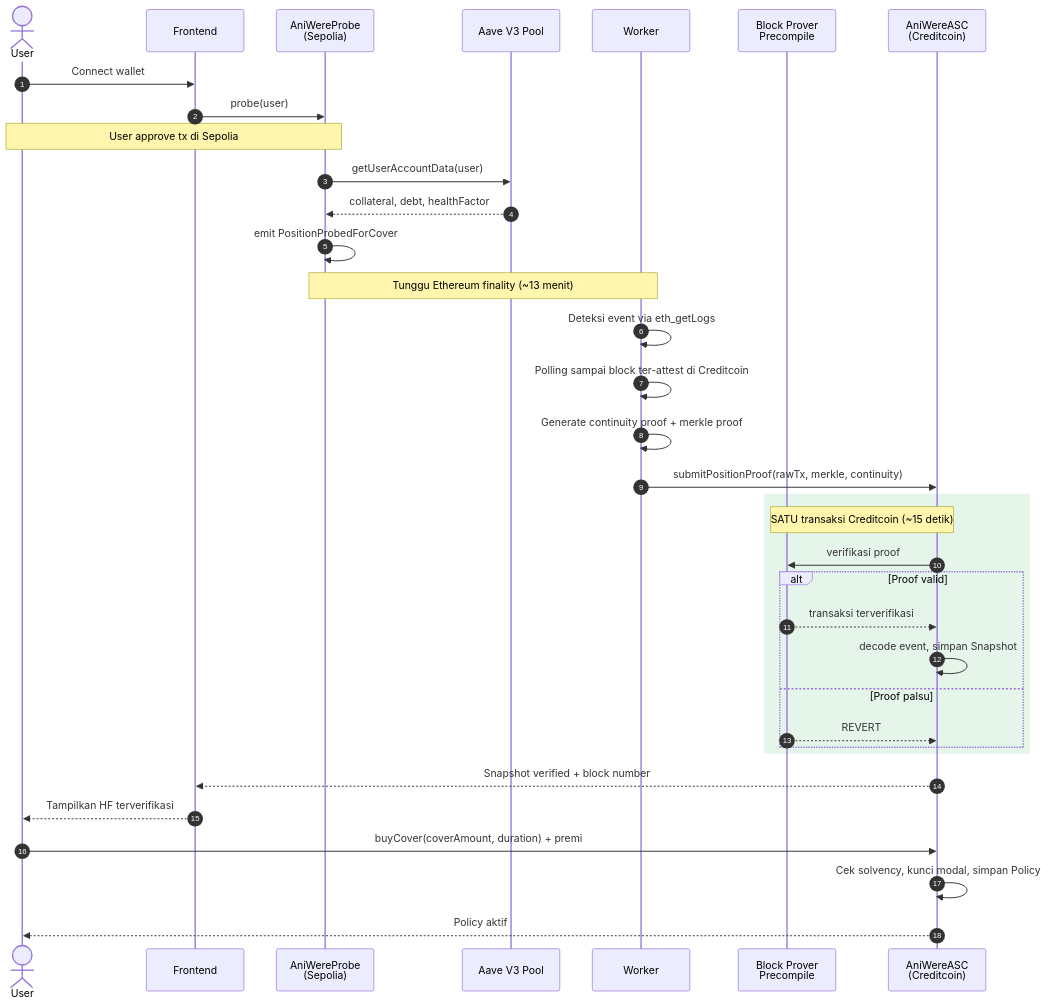
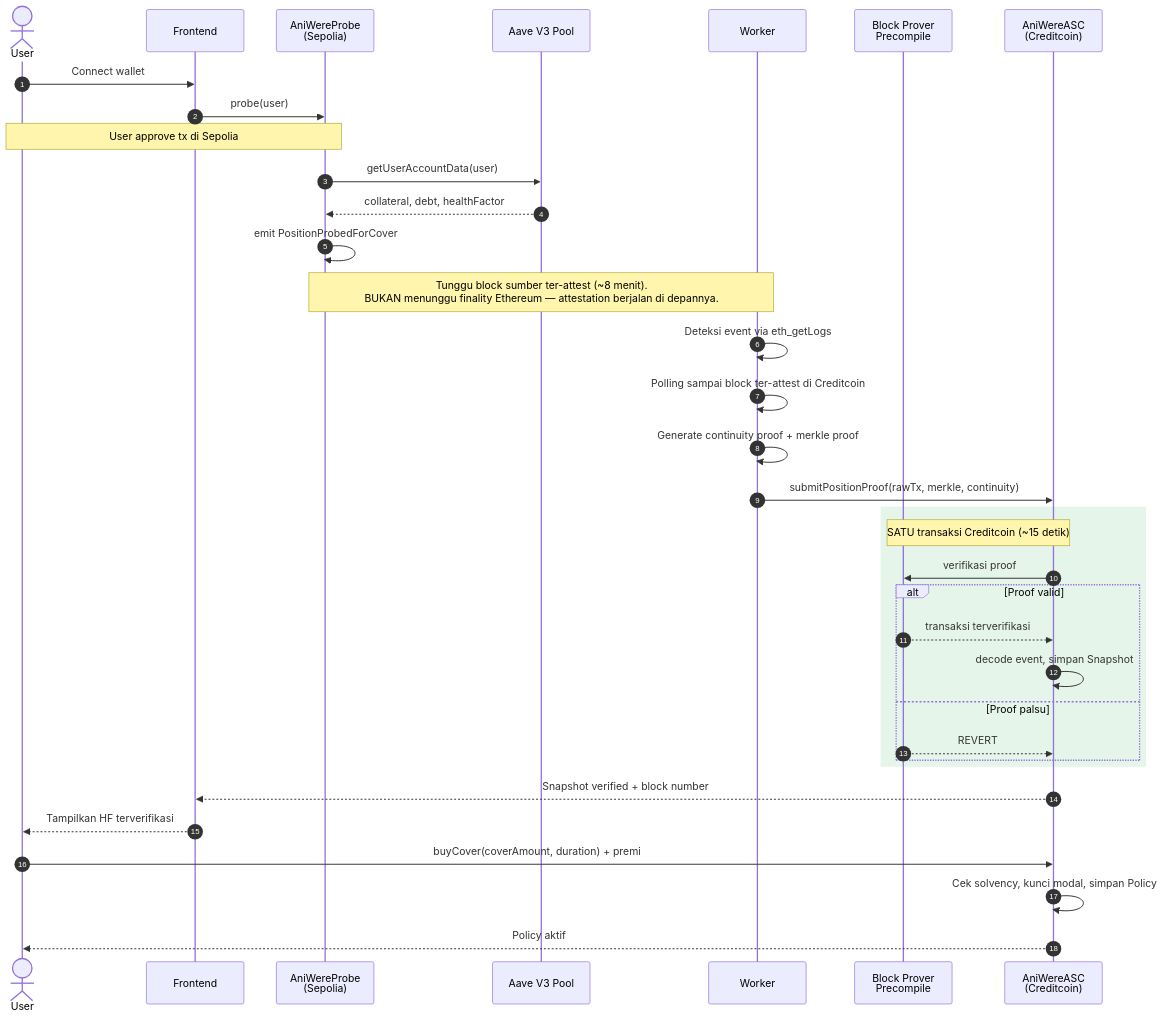
One commit to artomily/aniwere changed the diagram in docs/diagrams/2-flow-beli-cover.mermaid. Above: the diagram before and after it, drawn with Mermaid. The commit also changed 4 other files, not shown here.

First line of the commit message:
fix(docs): buang framing finality yang sudah ditarik, render diagram ke PNG

```diff
--- a/docs/diagrams/2-flow-beli-cover.mermaid
+++ b/docs/diagrams/2-flow-beli-cover.mermaid
@@ -1,41 +1,41 @@
 sequenceDiagram
     autonumber
     actor U as User
     participant FE as Frontend
     participant PR as AniWereProbe<br/>(Sepolia)
     participant AV as Aave V3 Pool
     participant W as Worker
     participant PC as Block Prover<br/>Precompile
     participant ASC as AniWereASC<br/>(Creditcoin)
 
     U->>FE: Connect wallet
     FE->>PR: probe(user)
     Note over U,PR: User approve tx di Sepolia
     PR->>AV: getUserAccountData(user)
     AV-->>PR: collateral, debt, healthFactor
     PR->>PR: emit PositionProbedForCover
 
-    Note over PR,W: Tunggu Ethereum finality (~13 menit)
+    Note over PR,W: Tunggu block sumber ter-attest (~8 menit).<br/>BUKAN menunggu finality Ethereum — attestation berjalan di depannya.
 
     W->>W: Deteksi event via eth_getLogs
     W->>W: Polling sampai block ter-attest di Creditcoin
     W->>W: Generate continuity proof + merkle proof
     W->>ASC: submitPositionProof(rawTx, merkle, continuity)
 
     rect rgb(230, 245, 233)
     Note over ASC,PC: SATU transaksi Creditcoin (~15 detik)
     ASC->>PC: verifikasi proof
     alt Proof valid
         PC-->>ASC: transaksi terverifikasi
         ASC->>ASC: decode event, simpan Snapshot
     else Proof palsu
         PC-->>ASC: REVERT
     end
     end
 
     ASC-->>FE: Snapshot verified + block number
     FE-->>U: Tampilkan HF terverifikasi
 
     U->>ASC: buyCover(coverAmount, duration) + premi
     ASC->>ASC: Cek solvency, kunci modal, simpan Policy
     ASC-->>U: Policy aktif
```
